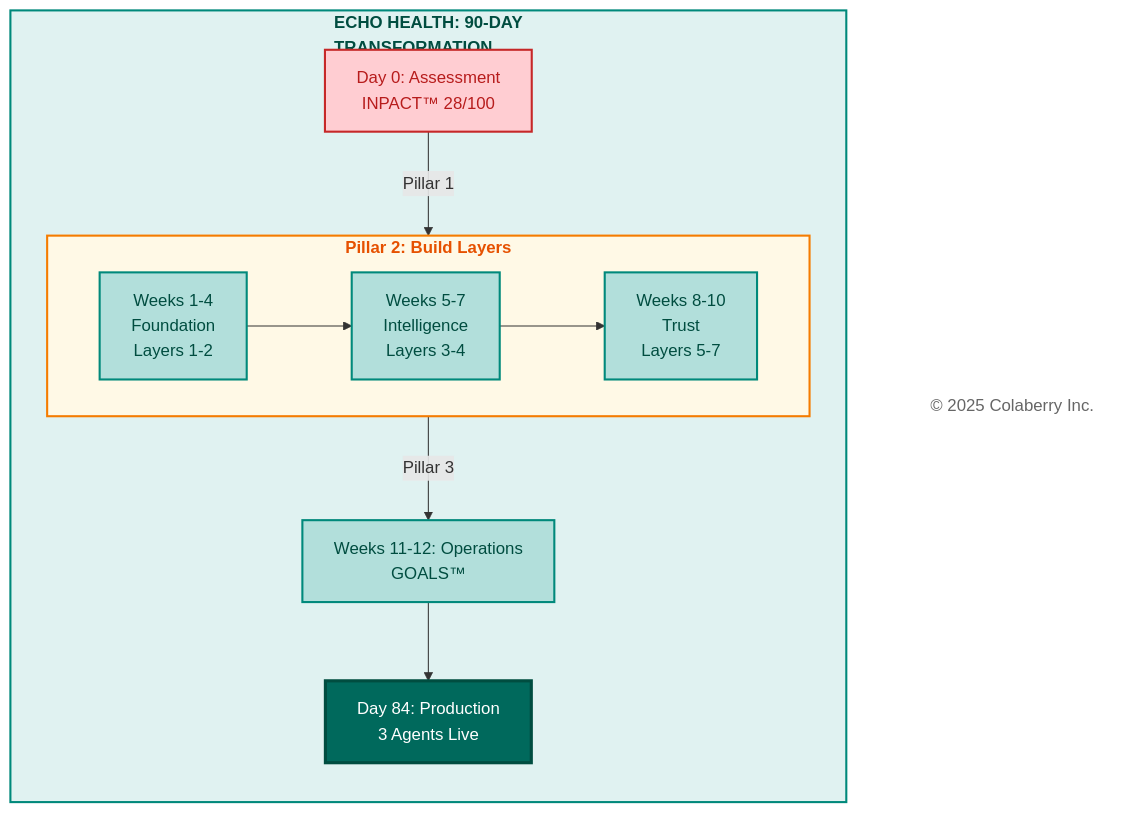
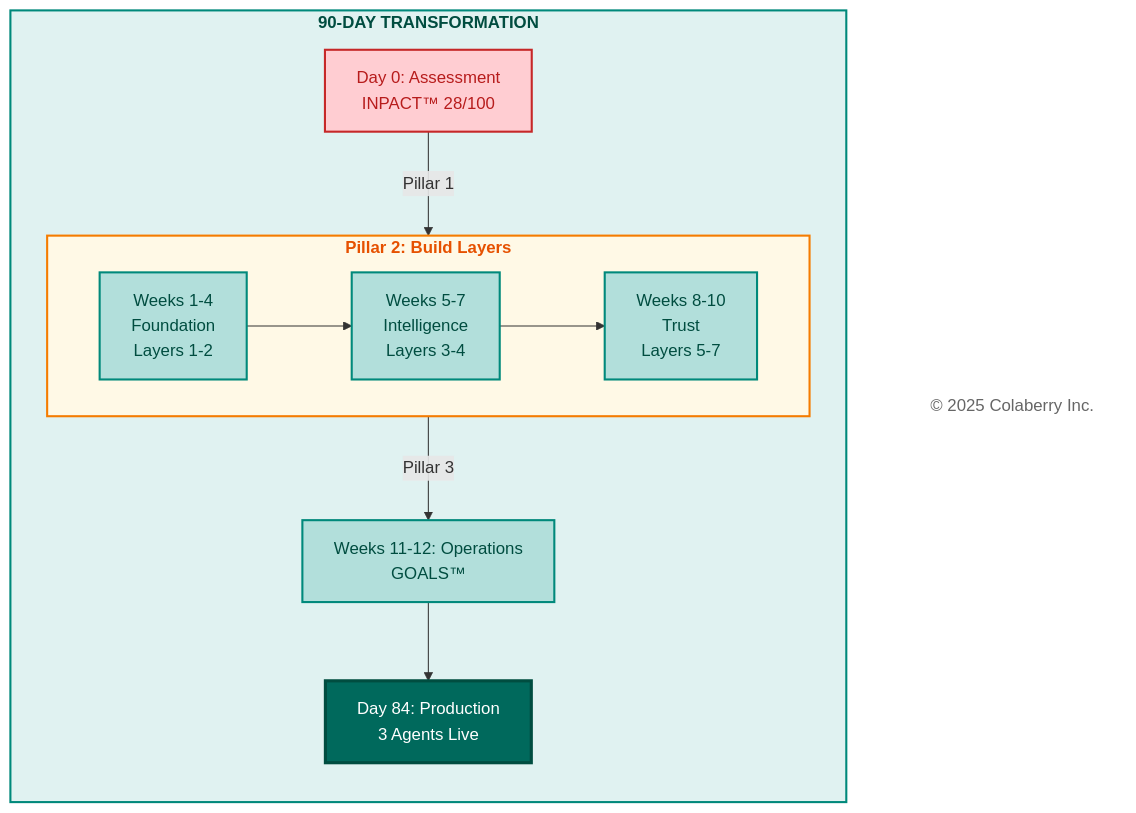
One commit to saitejesh-cyber/trust-before-intelligence-book changed the tenth of 11 diagrams in manuscript/09_chapter_8_architecture_of_trust_in_action.md. Above: the diagram before and after it, drawn with Mermaid. The commit also changed other lines of this file, not shown here.

First line of the commit message:
Cleaning up chapter diagrams

````diff
--- a/manuscript/09_chapter_8_architecture_of_trust_in_action.md
+++ b/manuscript/09_chapter_8_architecture_of_trust_in_action.md
@@ -795,37 +796,37 @@
 ```mermaid
 
 graph TB
-  subgraph JOURNEY["<b>ECHO HEALTH: 90-DAY<br/>TRANSFORMATION</b>"]
+  subgraph JOURNEY["<b>90-DAY TRANSFORMATION</b>"]
     direction TB
     D0["Day 0: Assessment<br/>INPACT™ 28/100"]
     
     subgraph BUILD["<b>Pillar 2: Build Layers</b>"]
       direction LR
       W4["Weeks 1-4<br/>Foundation<br/>Layers 1-2"]
       W7["Weeks 5-7<br/>Intelligence<br/>Layers 3-4"]
       W10["Weeks 8-10<br/>Trust<br/>Layers 5-7"]
       W4 --> W7 --> W10
     end
     
     W12["Weeks 11-12: Operations<br/>GOALS™"]
     
     FINAL["Day 84: Production<br/>3 Agents Live"]
   end
   
   Copyright["© 2025 Colaberry Inc."]
   
   D0 -->|"Pillar 1"| BUILD
   BUILD -->|"Pillar 3"| W12
   W12 --> FINAL
   
   style JOURNEY fill:#e0f2f1,stroke:#00897b,stroke-width:2px,color:#004d40
   style D0 fill:#ffcdd2,stroke:#c62828,stroke-width:2px,color:#b71c1c
   style BUILD fill:#fff9e6,stroke:#f57c00,stroke-width:2px,color:#e65100
   style W4 fill:#b2dfdb,stroke:#00897b,stroke-width:2px,color:#004d40
   style W7 fill:#b2dfdb,stroke:#00897b,stroke-width:2px,color:#004d40
   style W10 fill:#b2dfdb,stroke:#00897b,stroke-width:2px,color:#004d40
   style W12 fill:#b2dfdb,stroke:#00897b,stroke-width:2px,color:#004d40
   style FINAL fill:#00695c,color:#ffffff,stroke:#004d40,stroke-width:3px
   style Copyright fill:#ffffff,stroke:none,color:#666666
 
 ```
````
